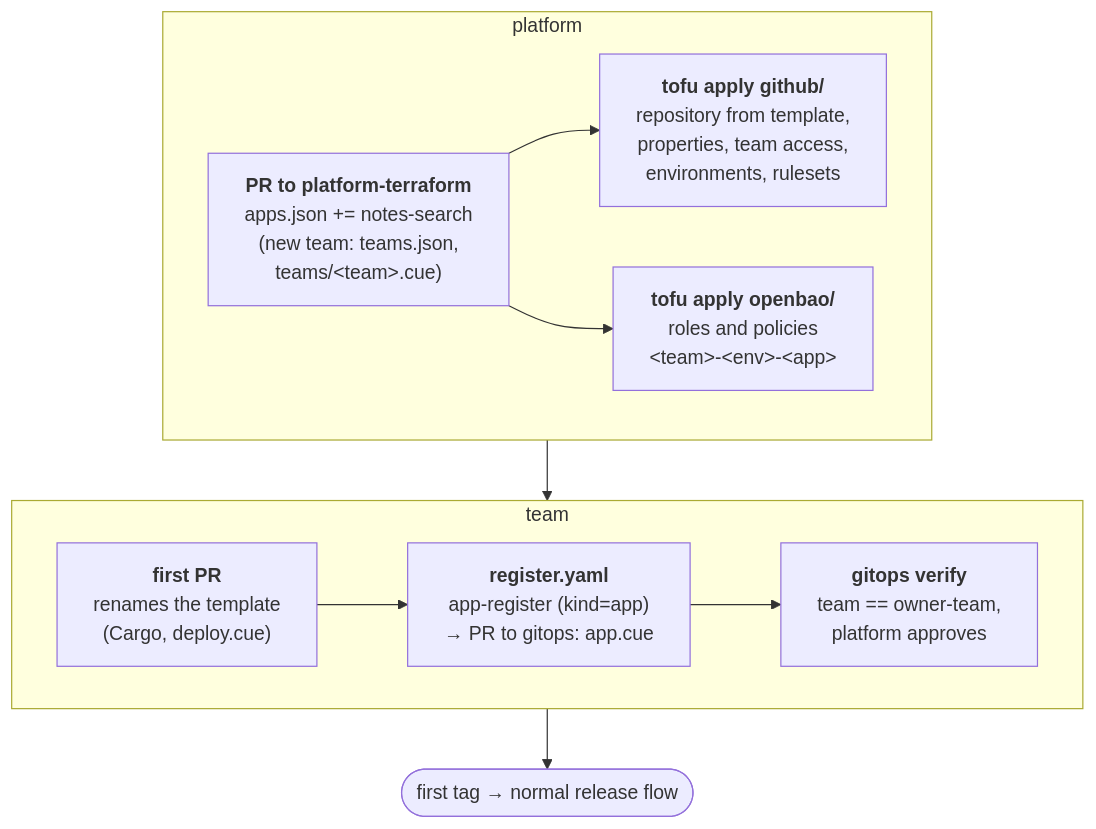
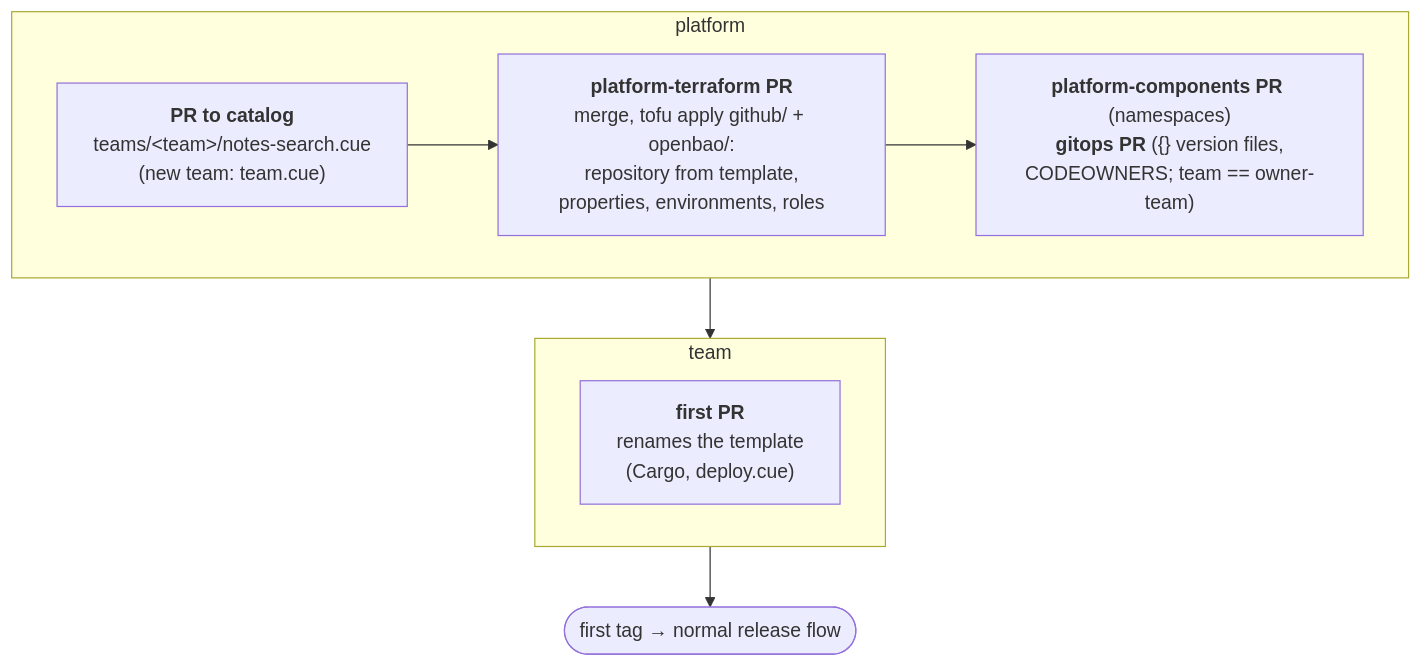
The fourth of 4 diagrams in delivery.md (homelab-selfuryon/meta), drawn with Mermaid before and after one commit. The commit also changed other lines of this file and 4 other files, not shown here.

Commit message:
docs: gitops reads the catalog, onboarding without registration (#33)

````diff
--- a/delivery.md
+++ b/delivery.md
@@ -438,26 +443,22 @@
 ```mermaid
 ---
 config:
   flowchart:
     wrappingWidth: 260
 ---
 flowchart TB
     subgraph platform["platform"]
         direction LR
-        pr["<b>PR to platform-terraform</b><br/>apps.json += notes-search<br/>(new team: teams.json,<br/>teams/&lt;team&gt;.cue)"]
-        gh["<b>tofu apply github/</b><br/>repository from template,<br/>properties, team access,<br/>environments, rulesets"]
-        bao["<b>tofu apply openbao/</b><br/>roles and policies<br/>&lt;team&gt;-&lt;env&gt;-&lt;app&gt;"]
-        pr --> gh
-        pr --> bao
+        pr["<b>PR to catalog</b><br/>teams/&lt;team&gt;/notes-search.cue<br/>(new team: team.cue)"]
+        tf["<b>platform-terraform PR</b><br/>merge, tofu apply github/ + openbao/:<br/>repository from template,<br/>properties, environments, roles"]
+        rest["<b>platform-components PR</b> (namespaces)<br/><b>gitops PR</b> ({} version files,<br/>CODEOWNERS; team == owner-team)"]
+        pr --> tf --> rest
     end
 
     subgraph team["team"]
         direction LR
         rename["<b>first PR</b><br/>renames the template<br/>(Cargo, deploy.cue)"]
-        register["<b>register.yaml</b><br/>app-register (kind=app)<br/>→ PR to gitops: app.cue"]
-        verify["<b>gitops verify</b><br/>team == owner-team,<br/>platform approves"]
-        rename --> register --> verify
     end
 
     platform --> team --> tag(["first tag → normal release flow"])
 ```
````
